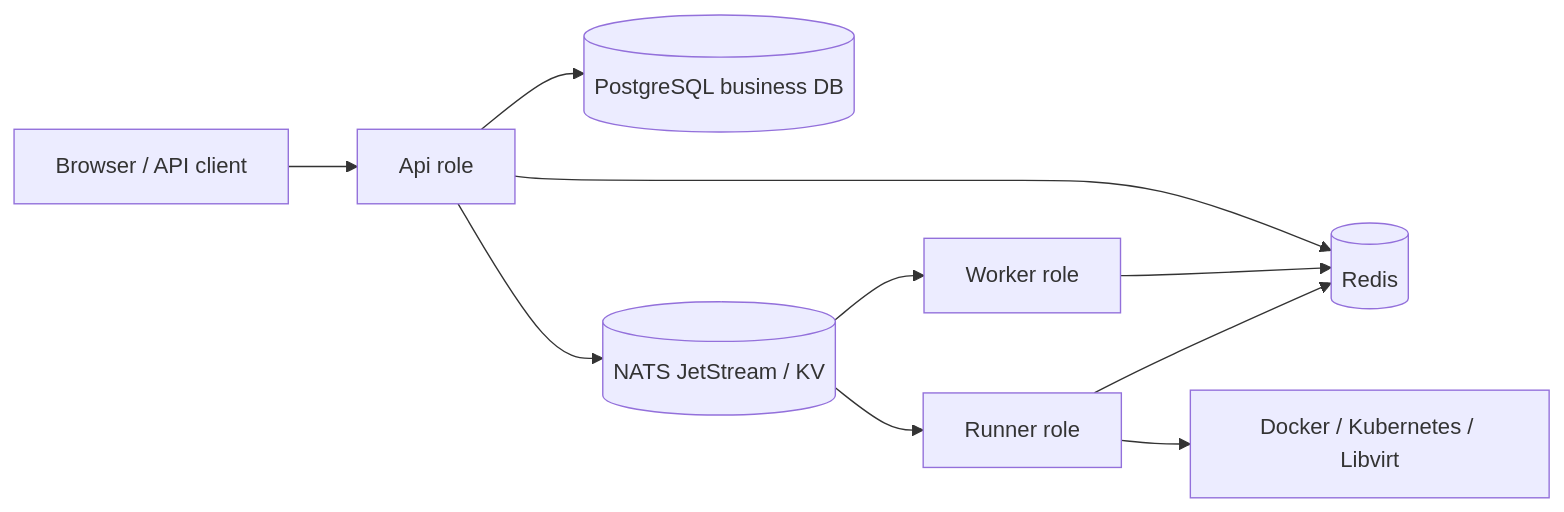
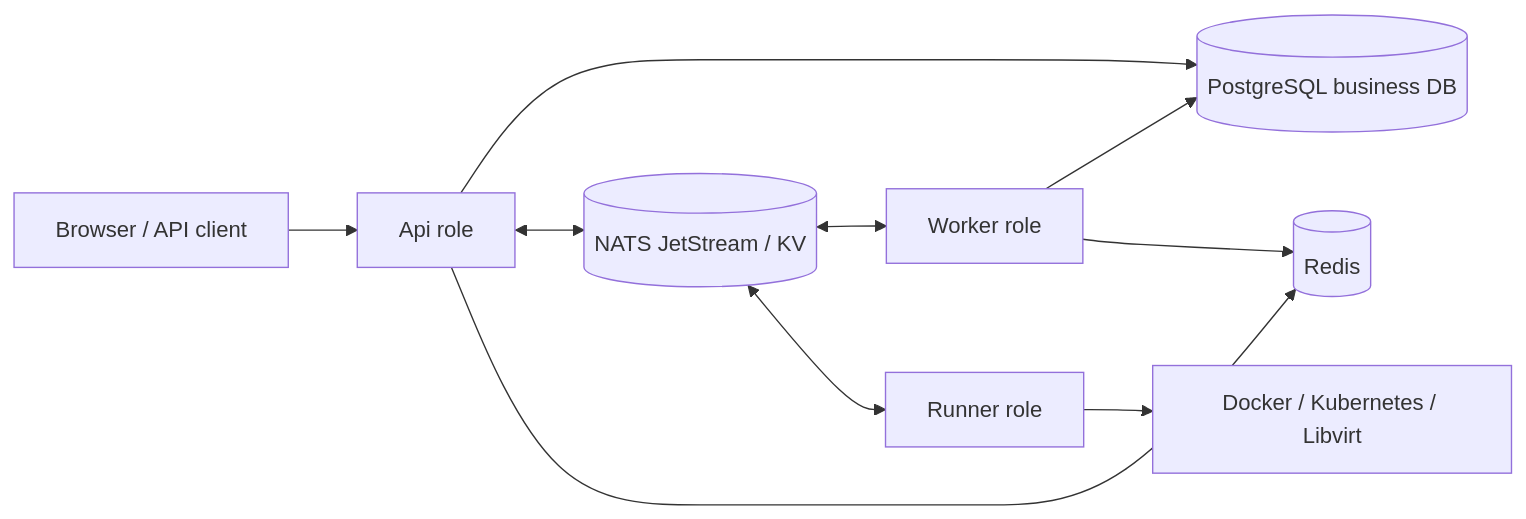
The diagram in README.md (D1no209/NoCTF), drawn with Mermaid before and after one commit. The commit also changed other lines of this file and 8 other files, not shown here.

````diff
--- a/README.md
+++ b/README.md
@@ -48,12 +48,12 @@
 ```mermaid
 flowchart LR
     Browser["Browser / API client"] --> API["Api role"]
     API --> PostgreSQL[("PostgreSQL business DB")]
-    API --> NATS[("NATS JetStream / KV")]
+    API <--> NATS[("NATS JetStream / KV")]
     API --> Redis[("Redis")]
-    NATS --> Worker["Worker role"]
-    NATS --> Runner["Runner role"]
+    NATS <--> Worker["Worker role"]
+    NATS <--> Runner["Runner role"]
+    Worker --> PostgreSQL
     Worker --> Redis
-    Runner --> Redis
     Runner --> Providers["Docker / Kubernetes / Libvirt"]
 ```
````
